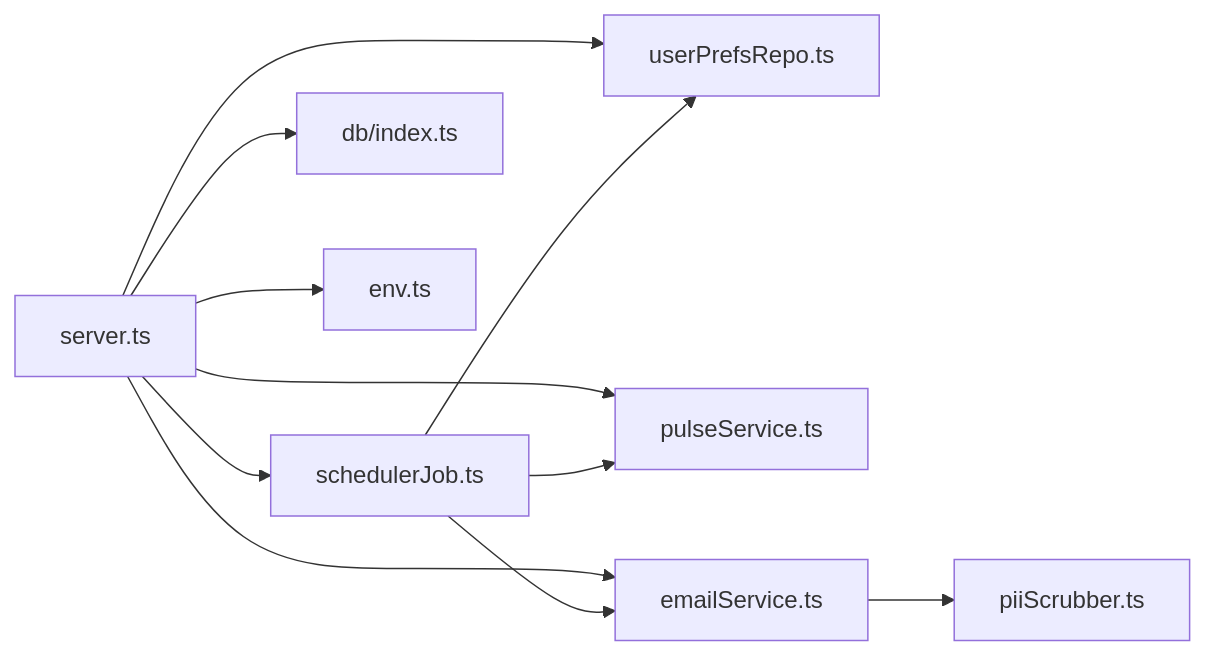
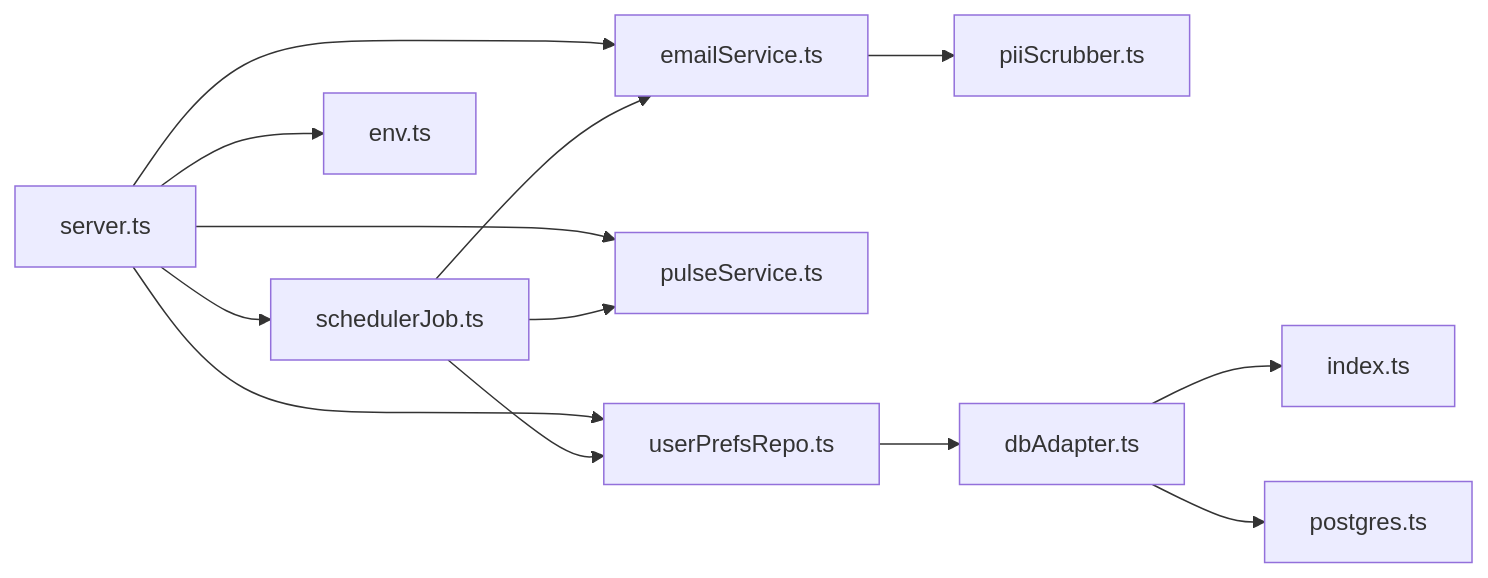
Before and after one commit to aravinthraj-ramalingam/Groww-App-Review-Insights-Analyzer-: the eighth of 8 diagrams in .qoder/repowiki/en/content/Phase 2_ Advanced Analytics & Automation/User Preferences Management.md, drawn with Mermaid. The commit also changed other lines of this file and 10 other files, not shown here.

````diff
--- a/.qoder/repowiki/en/content/Phase 2_ Advanced Analytics & Automation/User Preferences Management.md
+++ b/.qoder/repowiki/en/content/Phase 2_ Advanced Analytics & Automation/User Preferences Management.md
@@ -390,13 +470,15 @@
 ```mermaid
 graph LR
 API["server.ts"] --> PrefRepo["userPrefsRepo.ts"]
 API --> PulseSvc["pulseService.ts"]
 API --> EmailSvc["emailService.ts"]
 API --> Scheduler["schedulerJob.ts"]
 Scheduler --> PrefRepo
 Scheduler --> PulseSvc
 Scheduler --> EmailSvc
 EmailSvc --> PiiScrub["piiScrubber.ts"]
-API --> DB["db/index.ts"]
+PrefRepo --> DBAdapter["dbAdapter.ts"]
+DBAdapter --> SQLite["index.ts"]
+DBAdapter --> Postgres["postgres.ts"]
 API --> Env["env.ts"]
 ```
````
